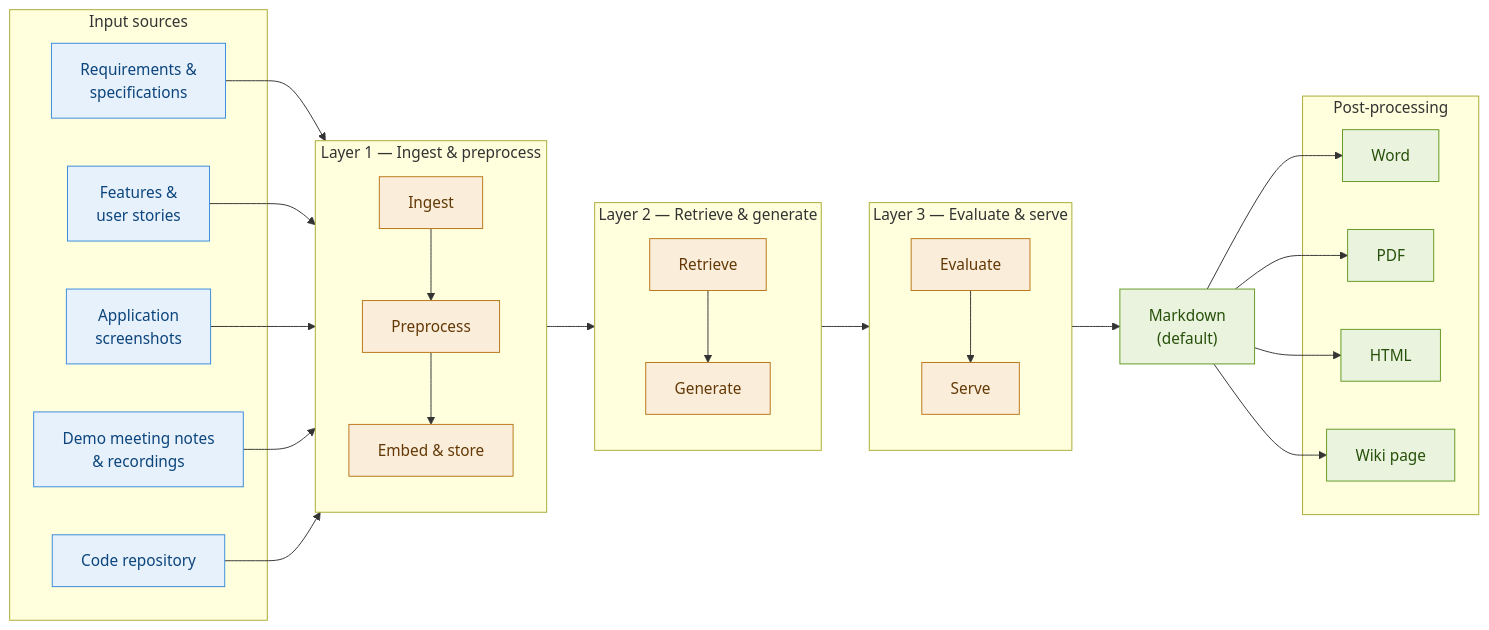
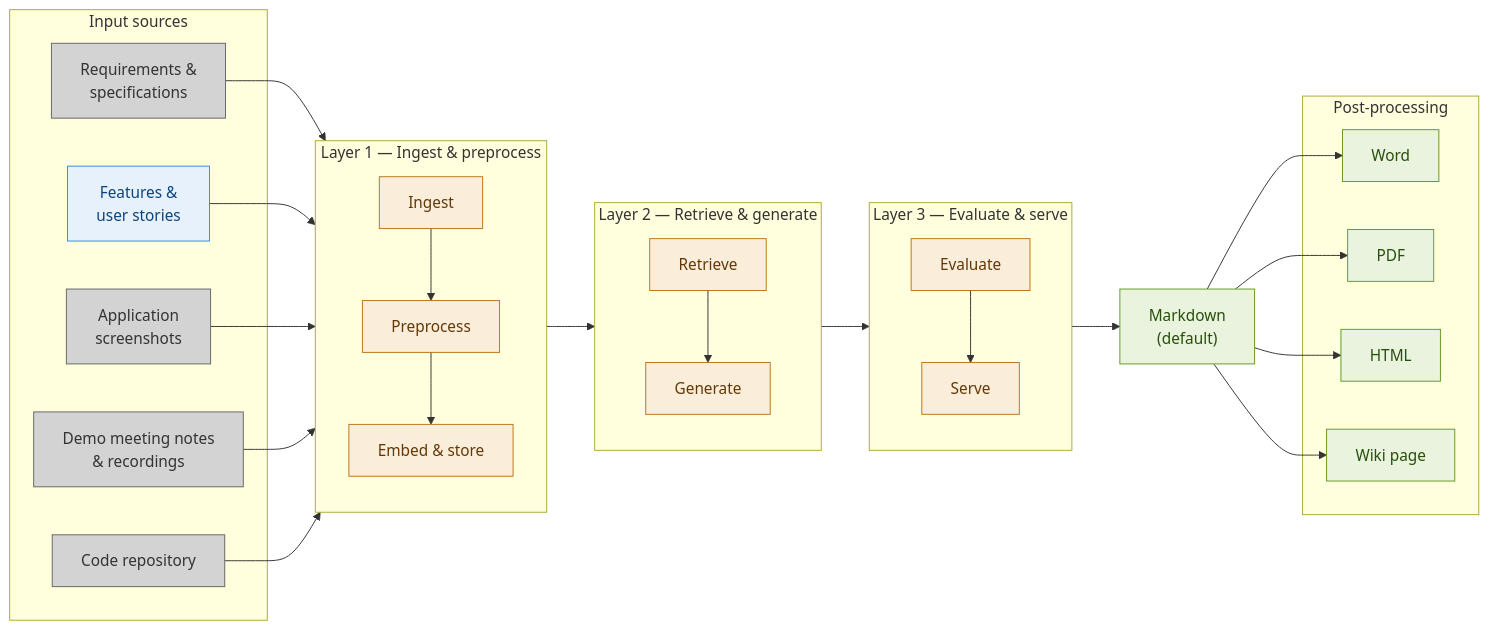
One commit to fvreys/ai-Functional-guide-generator changed the diagram in docs/System_design.md. Above: the diagram before and after it, drawn with Mermaid. The commit also changed other lines of this file and 2 other files, not shown here.

````diff
--- a/docs/System_design.md
+++ b/docs/System_design.md
@@ -59,44 +58,45 @@
 ```mermaid
 flowchart LR
   subgraph SRC["Input sources"]
-    I1["Requirements &\nspecifications"]:::blue
+    I1["Requirements &\nspecifications"]:::darkgrey
     I2["Features &\nuser stories"]:::blue
-    I3["Application\nscreenshots"]:::blue
-    I4["Demo meeting notes\n& recordings"]:::blue
-    I5["Code repository"]:::blue
+    I3["Application\nscreenshots"]:::darkgrey
+    I4["Demo meeting notes\n& recordings"]:::darkgrey
+    I5["Code repository"]:::darkgrey
   end
 
   subgraph L1["Layer 1 — Ingest & preprocess"]
     direction TB
     A1[Ingest]:::amber --> A2[Preprocess]:::amber --> A3[Embed & store]:::amber
   end
 
   subgraph L2["Layer 2 — Retrieve & generate"]
     direction TB
     B1[Retrieve]:::amber --> B2[Generate]:::amber
   end
 
   subgraph L3["Layer 3 — Evaluate & serve"]
     direction TB
     C1[Evaluate]:::amber --> C2[Serve]:::amber
   end
 
   MD["Markdown\n(default)"]:::green
 
   subgraph POST["Post-processing"]
     P1[Word]:::green
     P2[PDF]:::green
     P3[HTML]:::green
     P4[Wiki page]:::green
   end
 
   I1 & I2 & I3 & I4 & I5 --> L1
   L1 --> L2
   L2 --> L3
   L3 --> MD
   MD --> P1 & P2 & P3 & P4
 
   classDef blue  fill:#E6F1FB,stroke:#378ADD,color:#0C447C
+  classDef darkgrey fill:#D3D3D3,stroke:#666666,color:#333333
   classDef amber fill:#FAEEDA,stroke:#BA7517,color:#633806
   classDef green fill:#EAF3DE,stroke:#639922,color:#27500A
 ```
````
